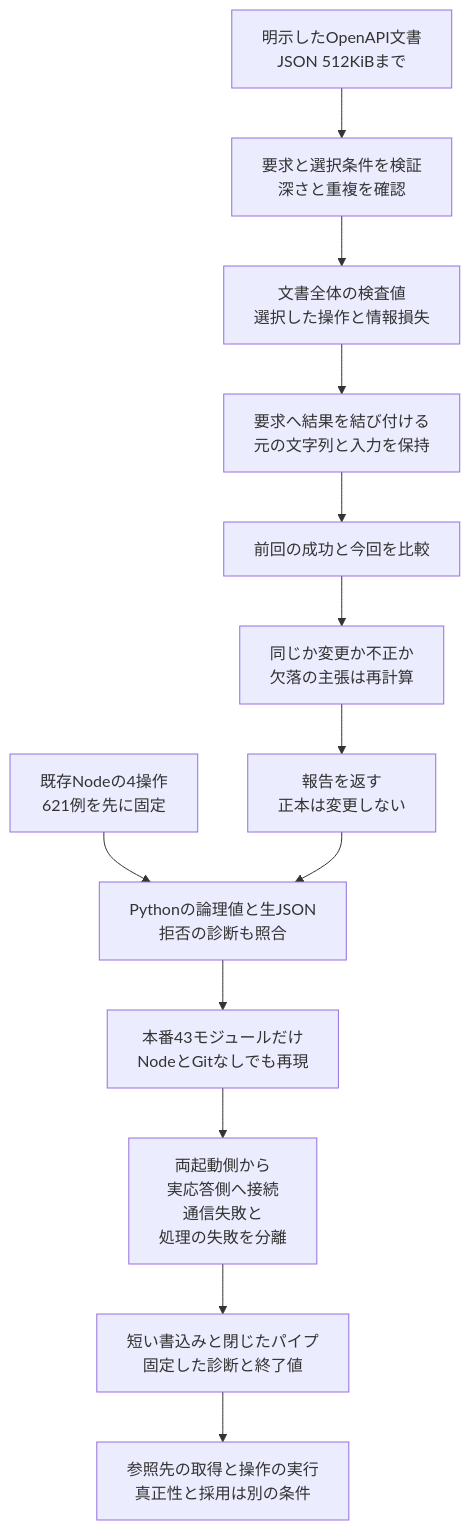
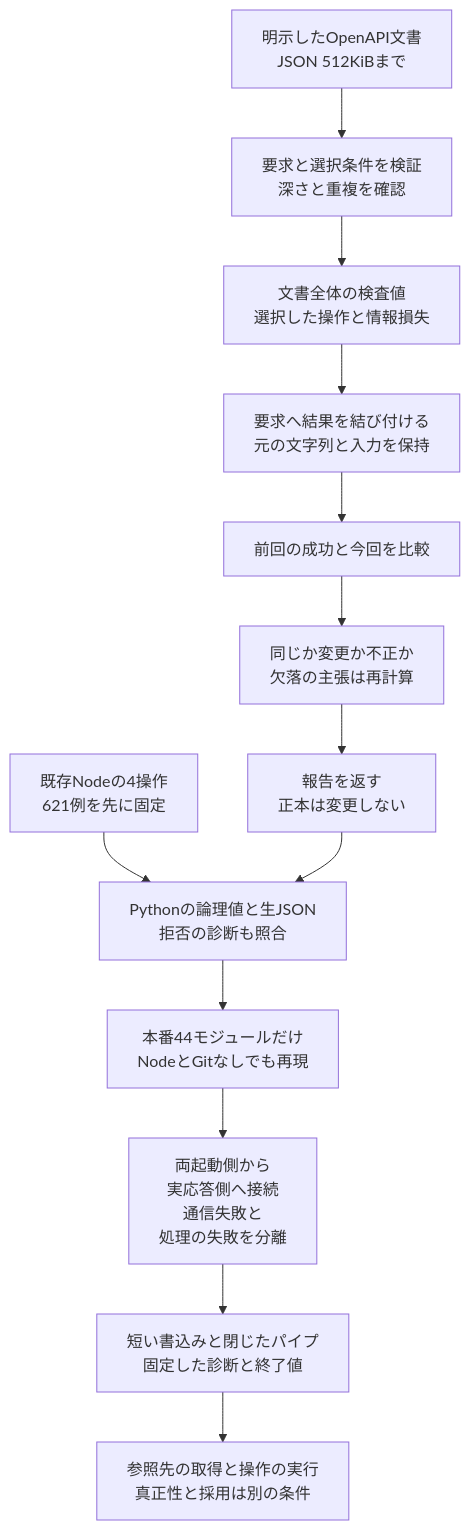
One commit to koukemo/morivyx changed the diagram in docs/diagrams/python-openapi-import.mmd. Above: the diagram before and after it, drawn with Mermaid. The commit also changed 36 other files, not shown here.

```diff
--- a/docs/diagrams/python-openapi-import.mmd
+++ b/docs/diagrams/python-openapi-import.mmd
@@ -1,13 +1,13 @@
 flowchart TD
   A[明示したOpenAPI文書<br/>JSON 512KiBまで] --> B[要求と選択条件を検証<br/>深さと重複を確認]
   B --> C[文書全体の検査値<br/>選択した操作と情報損失]
   C --> D[要求へ結果を結び付ける<br/>元の文字列と入力を保持]
   D --> E[前回の成功と今回を比較]
   E --> F[同じか変更か不正か<br/>欠落の主張は再計算]
   F --> G[報告を返す<br/>正本は変更しない]
   H[既存Nodeの4操作<br/>621例を先に固定] --> I[Pythonの論理値と生JSON<br/>拒否の診断も照合]
   G --> I
-  I --> J[本番43モジュールだけ<br/>NodeとGitなしでも再現]
+  I --> J[本番44モジュールだけ<br/>NodeとGitなしでも再現]
   J --> K[両起動側から<br/>実応答側へ接続<br/>通信失敗と<br/>処理の失敗を分離]
   K --> L[短い書込みと閉じたパイプ<br/>固定した診断と終了値]
   L --> M[参照先の取得と操作の実行<br/>真正性と採用は別の条件]
```
